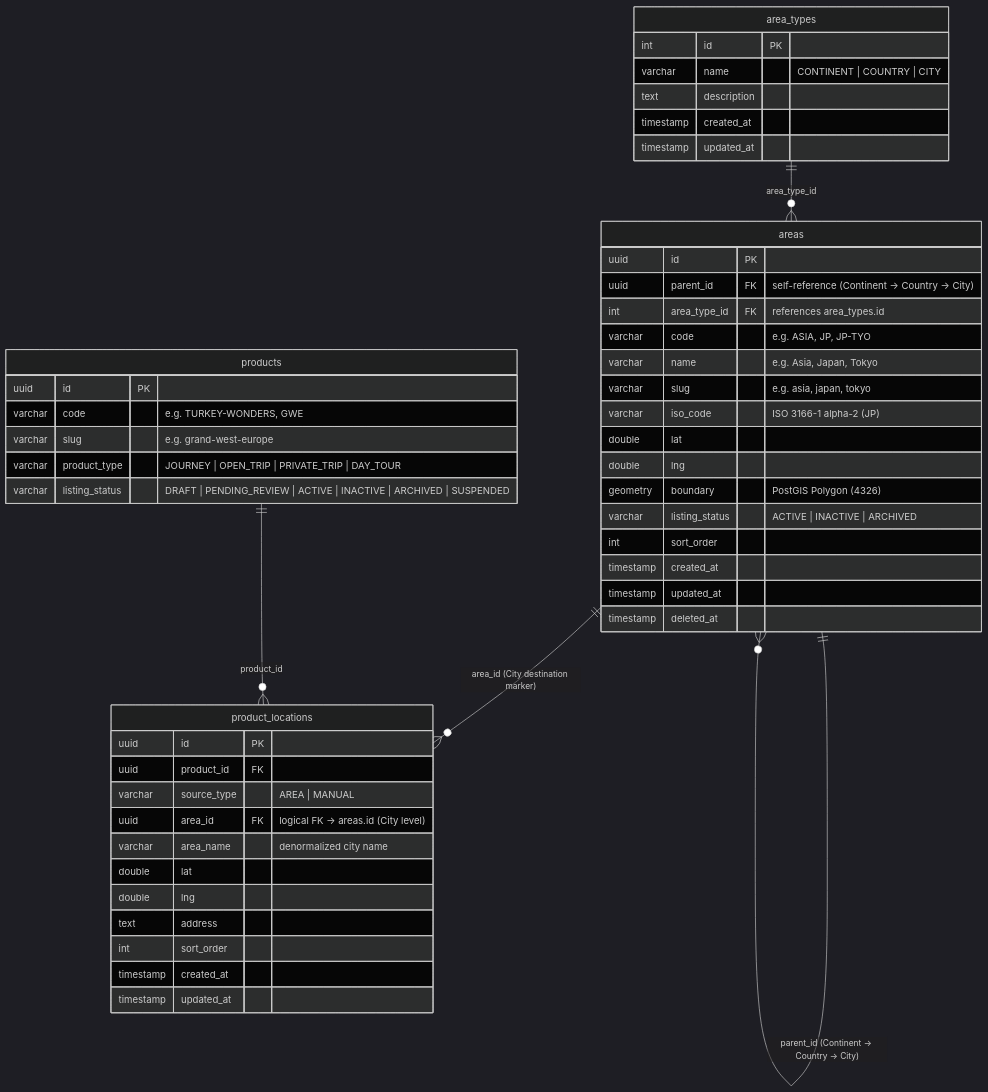
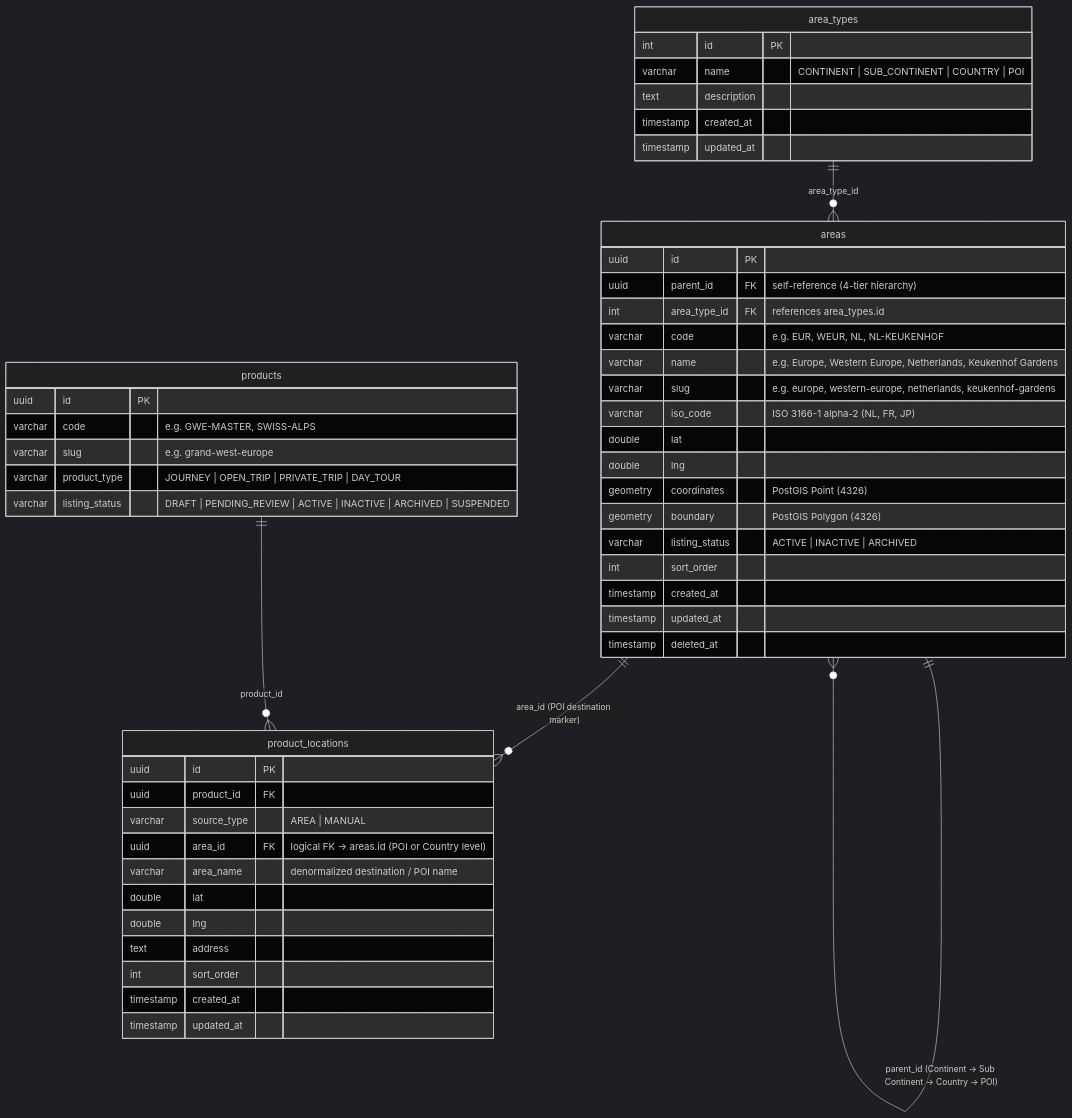
One commit to Haris-saifudin/hobiholidays-documentations changed the first of 3 diagrams in technical/area-technical-design.md. Above: the diagram before and after it, drawn with Mermaid (dark theme). The commit also changed other lines of this file and 3 other files, not shown here.

First line of the commit message:
docs(area): upgrade geographic hierarchy to 4-tier Continent -> Sub Continent -> Country -> POI

````diff
--- a/technical/area-technical-design.md
+++ b/technical/area-technical-design.md
@@ -123,55 +125,56 @@
 ```mermaid
 erDiagram
     area_types ||--o{ areas : "area_type_id"
-    areas ||--o{ areas : "parent_id (Continent -> Country -> City)"
-    areas ||--o{ product_locations : "area_id (City destination marker)"
+    areas ||--o{ areas : "parent_id (Continent -> Sub Continent -> Country -> POI)"
+    areas ||--o{ product_locations : "area_id (POI destination marker)"
     products ||--o{ product_locations : "product_id"
 
     area_types {
         int       id           PK
-        varchar   name         "CONTINENT | COUNTRY | CITY"
+        varchar   name         "CONTINENT | SUB_CONTINENT | COUNTRY | POI"
         text      description
         timestamp created_at
         timestamp updated_at
     }
 
     areas {
         uuid      id             PK
-        uuid      parent_id      FK "self-reference (Continent -> Country -> City)"
+        uuid      parent_id      FK "self-reference (4-tier hierarchy)"
         int       area_type_id   FK "references area_types.id"
-        varchar   code           "e.g. ASIA, JP, JP-TYO"
-        varchar   name           "e.g. Asia, Japan, Tokyo"
-        varchar   slug           "e.g. asia, japan, tokyo"
-        varchar   iso_code       "ISO 3166-1 alpha-2 (JP)"
+        varchar   code           "e.g. EUR, WEUR, NL, NL-KEUKENHOF"
+        varchar   name           "e.g. Europe, Western Europe, Netherlands, Keukenhof Gardens"
+        varchar   slug           "e.g. europe, western-europe, netherlands, keukenhof-gardens"
+        varchar   iso_code       "ISO 3166-1 alpha-2 (NL, FR, JP)"
         double    lat
         double    lng
+        geometry  coordinates    "PostGIS Point (4326)"
         geometry  boundary       "PostGIS Polygon (4326)"
         varchar   listing_status "ACTIVE | INACTIVE | ARCHIVED"
         int       sort_order
         timestamp created_at
         timestamp updated_at
         timestamp deleted_at
     }
 
     product_locations {
         uuid      id          PK
         uuid      product_id  FK
         varchar   source_type "AREA | MANUAL"
-        uuid      area_id     FK "logical FK → areas.id (City level)"
-        varchar   area_name   "denormalized city name"
+        uuid      area_id     FK "logical FK → areas.id (POI or Country level)"
+        varchar   area_name   "denormalized destination / POI name"
         double    lat
         double    lng
         text      address
         int       sort_order
         timestamp created_at
         timestamp updated_at
     }
 
     products {
         uuid      id             PK
-        varchar   code           "e.g. TURKEY-WONDERS, GWE"
+        varchar   code           "e.g. GWE-MASTER, SWISS-ALPS"
         varchar   slug           "e.g. grand-west-europe"
         varchar   product_type   "JOURNEY | OPEN_TRIP | PRIVATE_TRIP | DAY_TOUR"
         varchar   listing_status "DRAFT | PENDING_REVIEW | ACTIVE | INACTIVE | ARCHIVED | SUSPENDED"
     }
 ```
````
